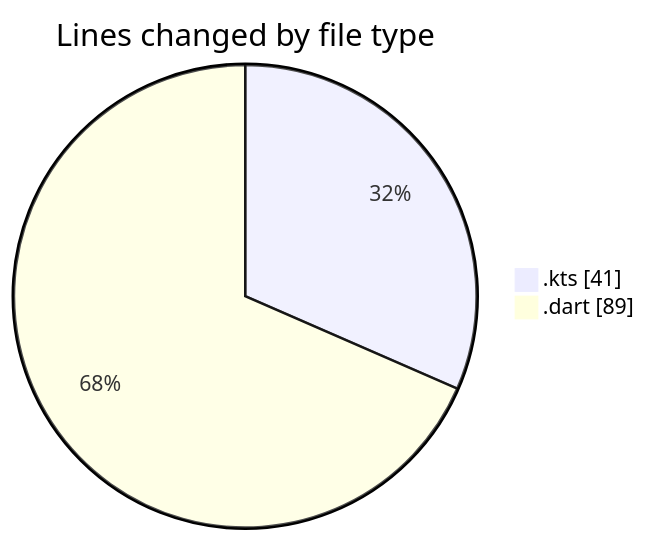
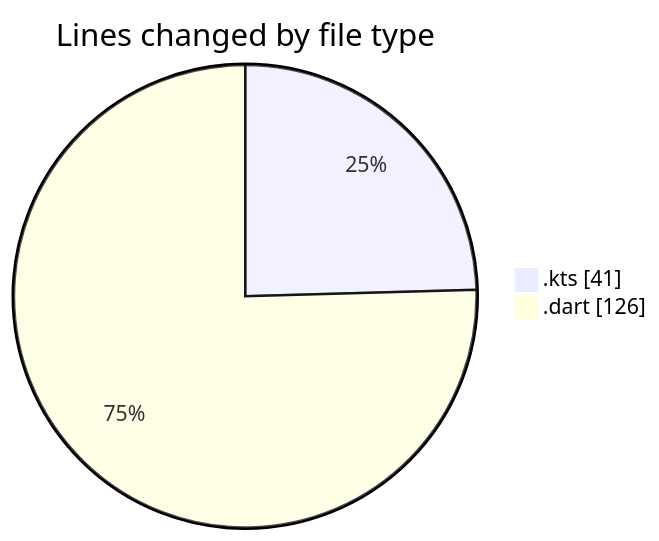
One commit to donsfak/code-tracking changed the first of 2 diagrams in 2025-10-20/weather_insights_app/README.md. Above: the diagram before and after it, drawn with Mermaid. The commit also changed other lines of this file and 1 other file, not shown here.

````diff
--- a/2025-10-20/weather_insights_app/README.md
+++ b/2025-10-20/weather_insights_app/README.md
@@ -21,6 +22,6 @@
 ```mermaid
 pie showData
 title Lines changed by file type
 ".kts" : 41
-".dart" : 89
+".dart" : 126
 ```
````
